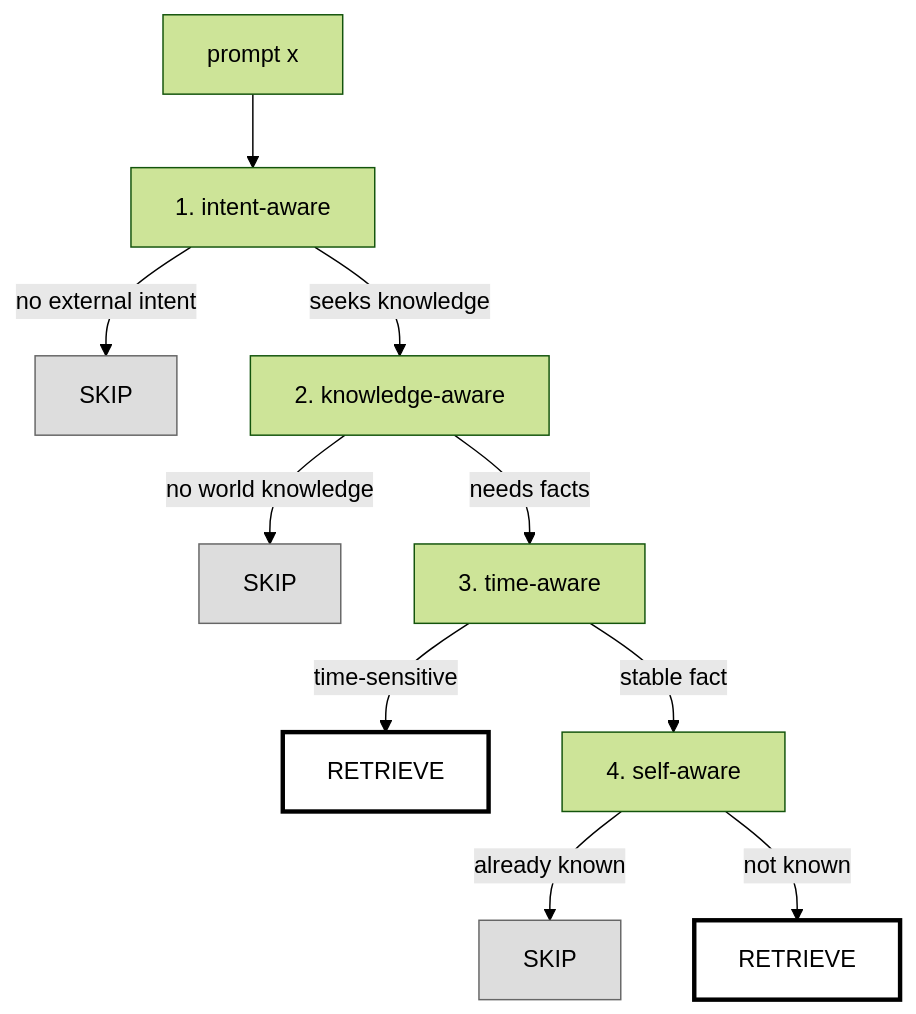
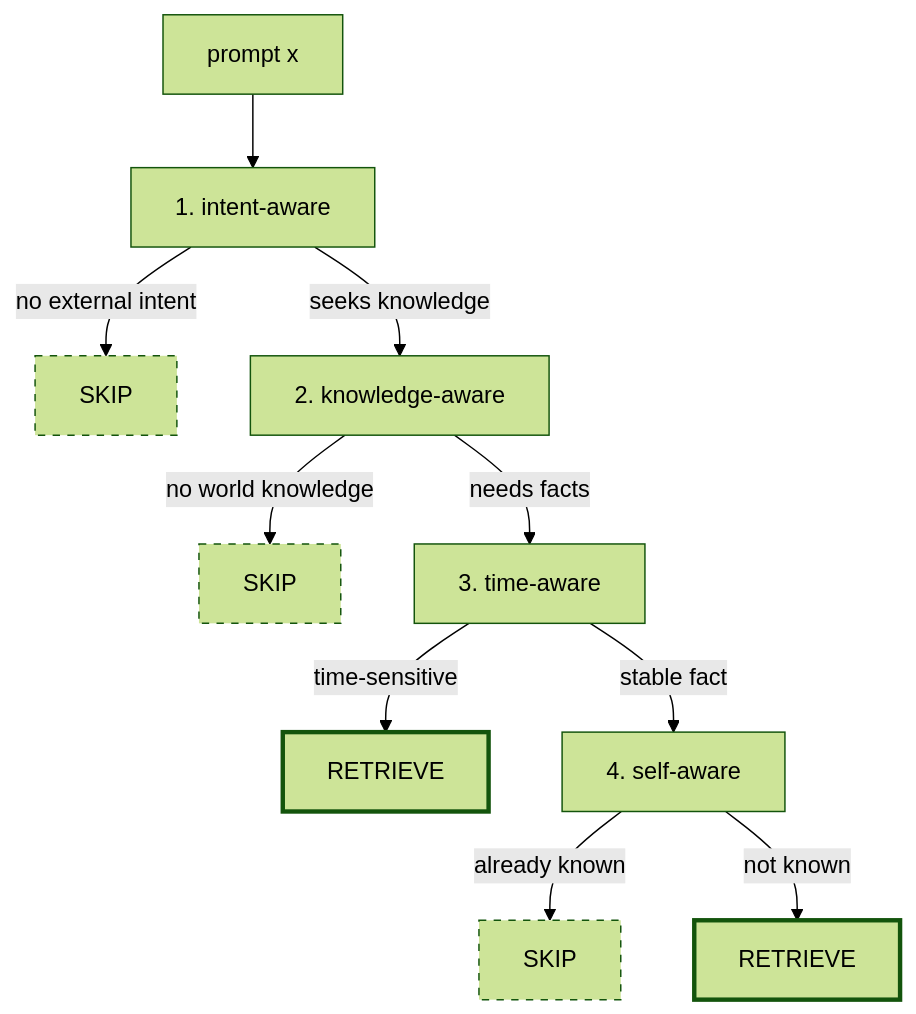
Before and after one commit to arunshar/rag-interview-chapters: the second of 5 diagrams in chapters/25_routing_and_adaptive_retrieval.md, drawn with Mermaid (forest theme). The commit also changed other lines of this file and 14 other files, not shown here.

Commit message:
Fix Mermaid contrast across GitHub themes

````diff
--- a/chapters/25_routing_and_adaptive_retrieval.md
+++ b/chapters/25_routing_and_adaptive_retrieval.md
@@ -390,16 +390,16 @@
 ```mermaid
 flowchart TD
     Q["prompt x"] --> I["1. intent-aware"]
     I -->|no external intent| S1["SKIP"]
     I -->|seeks knowledge| K["2. knowledge-aware"]
     K -->|no world knowledge| S2["SKIP"]
     K -->|needs facts| T["3. time-aware"]
     T -->|time-sensitive| R1["RETRIEVE"]
     T -->|stable fact| A["4. self-aware"]
     A -->|already known| S3["SKIP"]
     A -->|not known| R2["RETRIEVE"]
-    classDef skip fill:#dddddd,stroke:#666666,stroke-width:1px
-    classDef retrieve fill:#ffffff,stroke:#000000,stroke-width:3px
+    classDef skip stroke-width:1px,stroke-dasharray:5 5
+    classDef retrieve stroke-width:3px
     class S1,S2,S3 skip
     class R1,R2 retrieve
 ```
````
